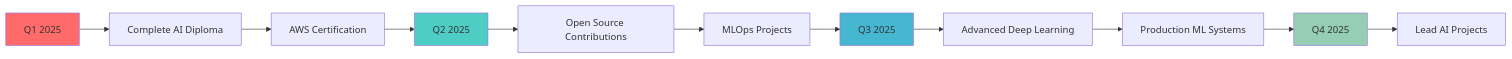
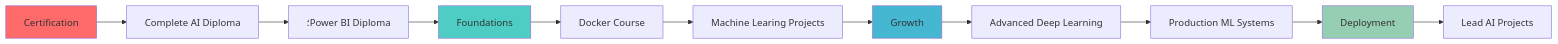
The diagram in README.md (SabryAlaa10/SabryAlaa10), drawn with Mermaid before and after one commit.

````diff
--- a/README.md
+++ b/README.md
@@ -456,18 +456,18 @@
 ```mermaid
 graph LR
-    A[Q1 2025] --> B[Complete AI Diploma]
-    B --> C[AWS Certification]
-    C --> D[Q2 2025]
-    D --> E[Open Source Contributions]
-    E --> F[MLOps Projects]
-    F --> G[Q3 2025]
+    A[Certification] --> B[Complete AI Diploma]
+    B --> C[؛Power BI Diploma]
+    C --> D[Foundations]
+    D --> E[Docker Course]
+    E --> F[Machine Learing Projects]
+    F --> G[Growth]
     G --> H[Advanced Deep Learning]
     H --> I[Production ML Systems]
-    I --> J[Q4 2025]
+    I --> J[Deployment]
     J --> K[Lead AI Projects]
     
     style A fill:#ff6b6b
     style D fill:#4ecdc4
     style G fill:#45b7d1
     style J fill:#96ceb4
 ```
````
